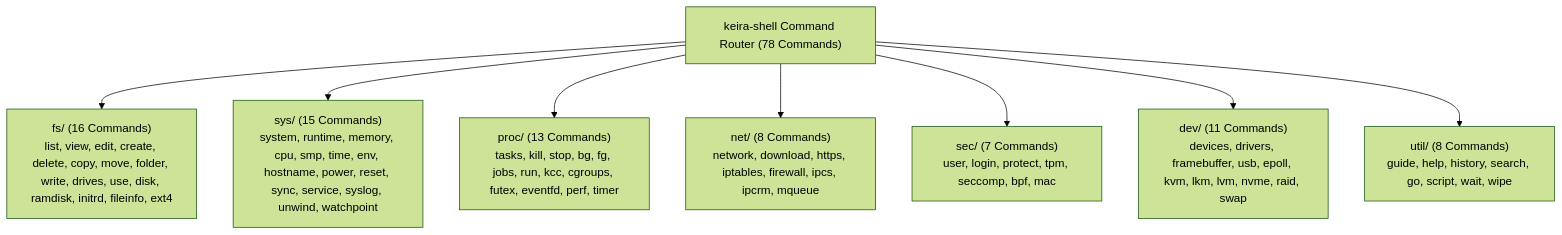
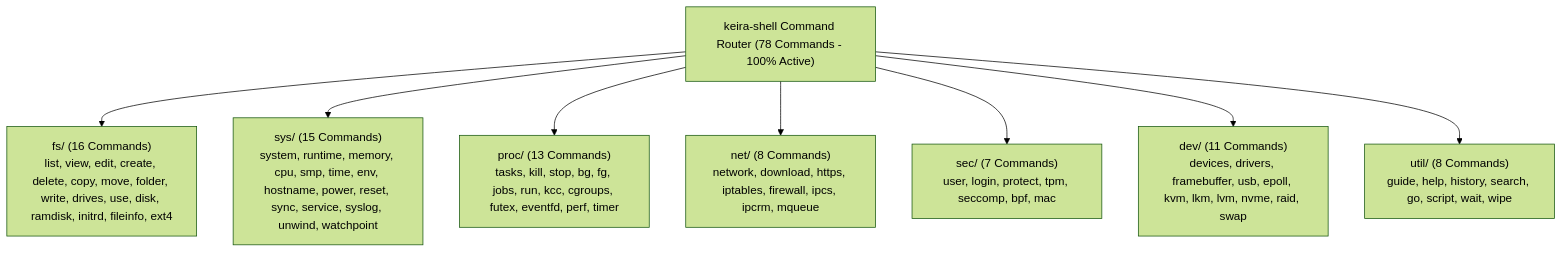
One commit to mrvlous/keira changed the diagram in docs/shell/commands/README.md. Above: the diagram before and after it, drawn with Mermaid (forest theme). The commit also changed other lines of this file and 21 other files, not shown here.

Commit message:
feat(fs/dev): eliminate stubs in ext4, lkm and kvm with active bare-metal engines

````diff
--- a/docs/shell/commands/README.md
+++ b/docs/shell/commands/README.md
@@ -11,10 +11,10 @@
 ```mermaid
 graph TD
-    Shell["keira-shell Command Router (78 Commands)"] --> FS["fs/ (16 Commands)<br/>list, view, edit, create, delete, copy, move, folder, write, drives, use, disk, ramdisk, initrd, fileinfo, ext4"]
+    Shell["keira-shell Command Router (78 Commands - 100% Active)"] --> FS["fs/ (16 Commands)<br/>list, view, edit, create, delete, copy, move, folder, write, drives, use, disk, ramdisk, initrd, fileinfo, ext4"]
     Shell --> Sys["sys/ (15 Commands)<br/>system, runtime, memory, cpu, smp, time, env, hostname, power, reset, sync, service, syslog, unwind, watchpoint"]
     Shell --> Proc["proc/ (13 Commands)<br/>tasks, kill, stop, bg, fg, jobs, run, kcc, cgroups, futex, eventfd, perf, timer"]
     Shell --> Net["net/ (8 Commands)<br/>network, download, https, iptables, firewall, ipcs, ipcrm, mqueue"]
     Shell --> Sec["sec/ (7 Commands)<br/>user, login, protect, tpm, seccomp, bpf, mac"]
     Shell --> Dev["dev/ (11 Commands)<br/>devices, drivers, framebuffer, usb, epoll, kvm, lkm, lvm, nvme, raid, swap"]
     Shell --> Util["util/ (8 Commands)<br/>guide, help, history, search, go, script, wait, wipe"]
 ```
````
